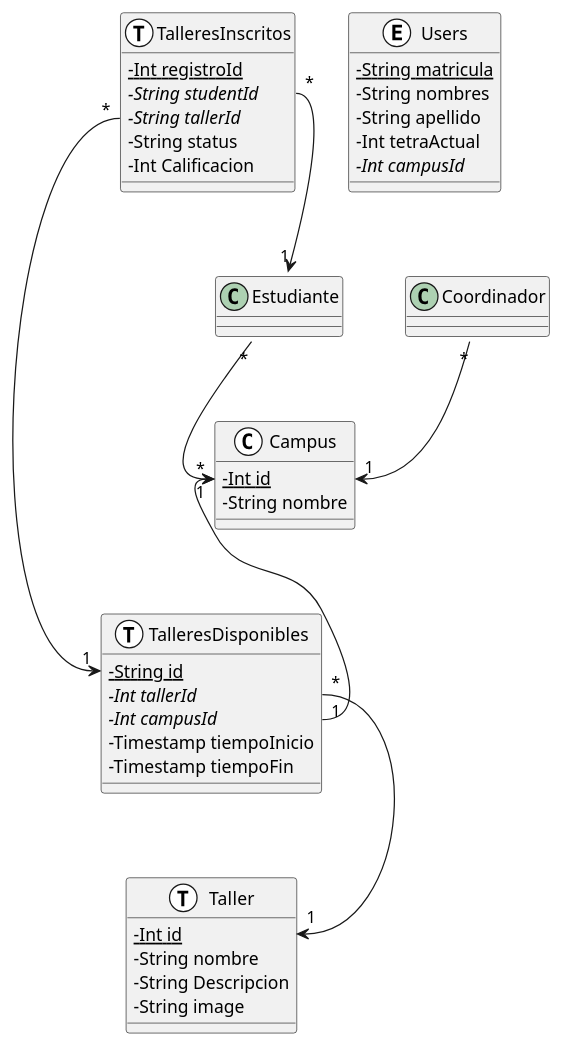
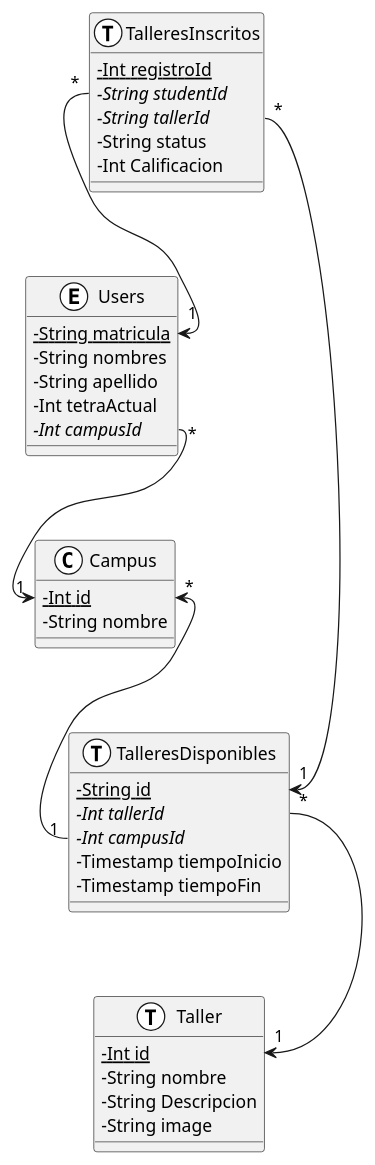
One commit to facund015/codeRelatedObsidianNotes changed the diagram in Reto/Base de datos.md. Above: the diagram before and after it, drawn with PlantUML. The commit also changed 1 other file, not shown here.

Commit message:
vault backup: 2021-12-01 17:54:03

````diff
--- a/Reto/Base de datos.md
+++ b/Reto/Base de datos.md
@@ -2,51 +2,51 @@
 ```plantuml
 @startuml
 skinparam classAttributeIconSize 0
 
 class Campus <<(C,white)>> {
 	{static} -Int id
 	-String nombre
 }
 
 class Users <<(E,white)>> {
 	{static} - String matricula
 	-String nombres
 	-String apellido
 	-Int tetraActual
 	{abstract} -Int campusId
 }
 class Taller <<(T,white)>> {
     {static} -Int id 
     - String nombre
 	- String Descripcion
     - String image
 }
 class TalleresDisponibles <<(T, white)>> {
 	{static} -String id
 	{abstract} -Int tallerId
 	{abstract} -Int campusId
 	-Timestamp tiempoInicio
 	-Timestamp tiempoFin
 }
 class TalleresInscritos <<(T,white)>> {
 	{static} -Int registroId 
 	{abstract} -String studentId
 	{abstract} -String tallerId
 	-String status
 	-Int Calificacion
 }
 
 
 
 
 
 
-TalleresInscritos::studentId "*" --> "1" Estudiante::matricula
+TalleresInscritos::studentId "*" --> "1" Users::matricula
 TalleresInscritos::tallerId "*" --> "1" TalleresDisponibles::id
 TalleresDisponibles::tallerId "*" --> "1" Taller::id
 Campus::id "*" <-- "1" TalleresDisponibles::campusId
-Estudiante::campusId "*" --> "1" Campus::id
-Coordinador::campusId "*" --> "1" Campus::id 
+Users::campusId "*" --> "1" Campus::id
+
 
 @enduml
 ```
````
